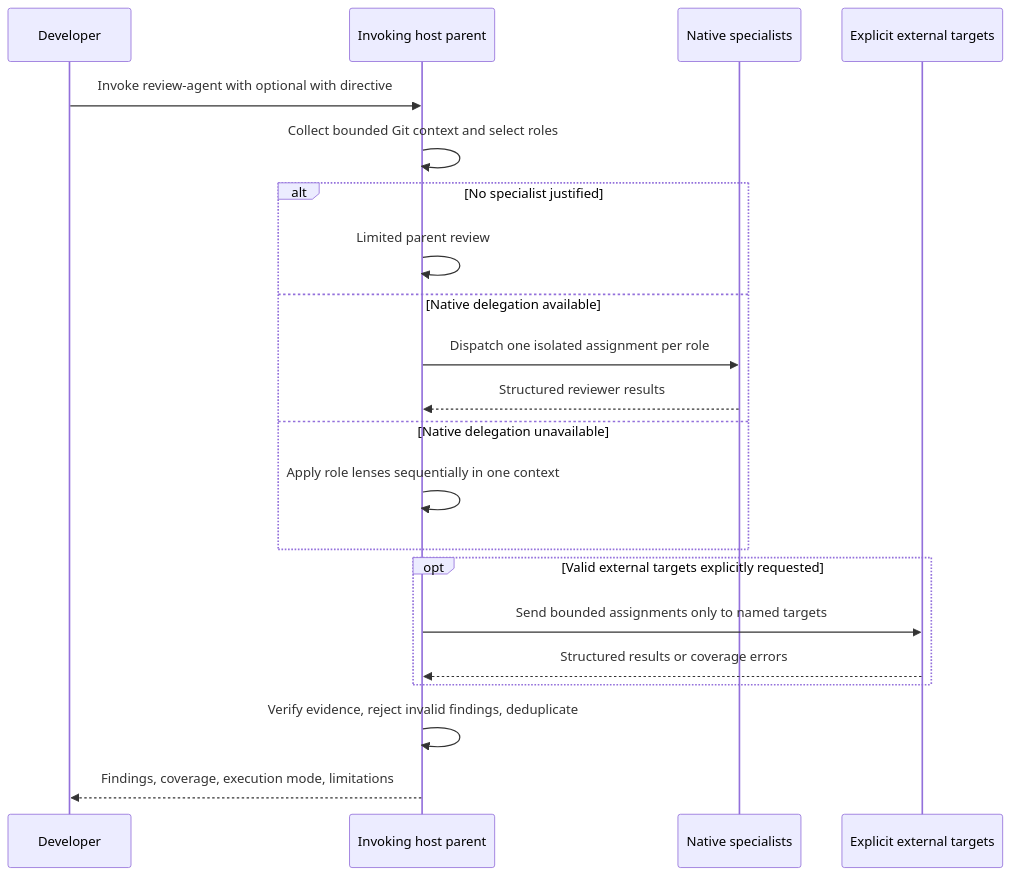
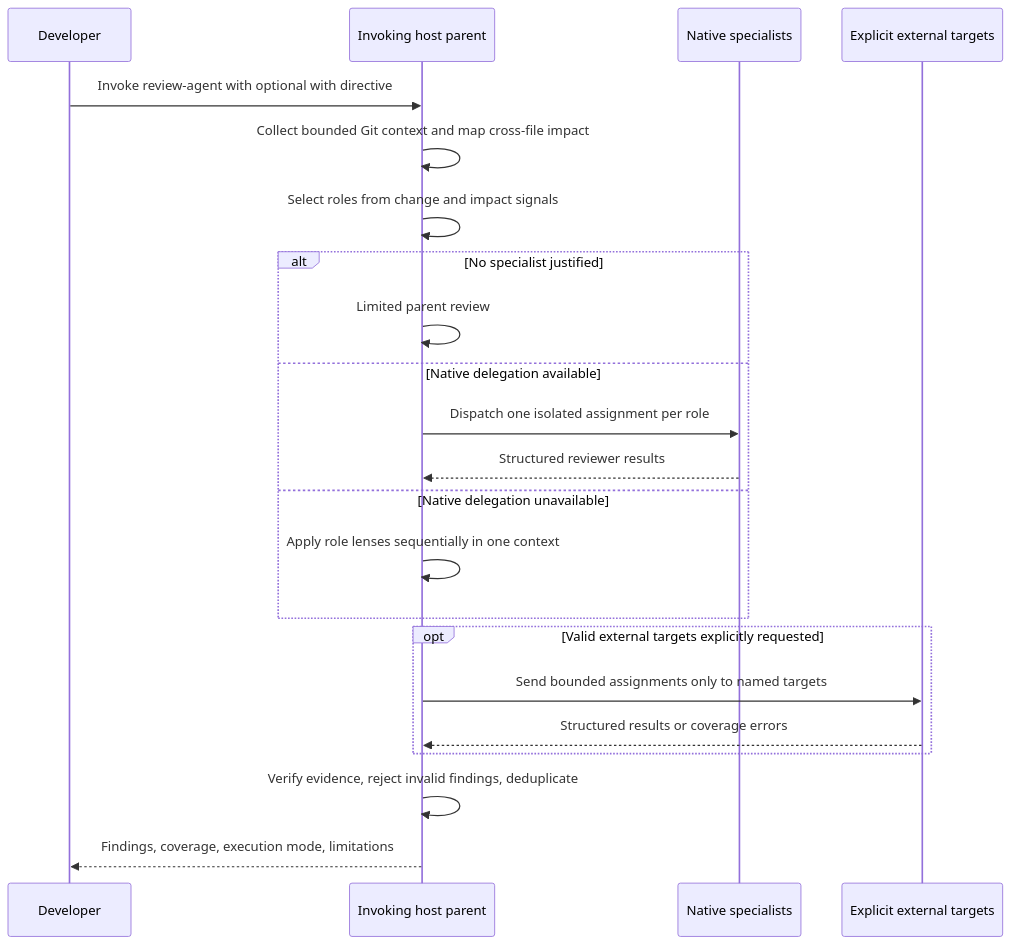
Before and after one commit to VisanAlex/review-agent: the diagram in docs/how-it-works.md, drawn with Mermaid. The commit also changed other lines of this file and 21 other files, not shown here.

First line of the commit message:
feat: map cross-file impact before specialist review (#5)

````diff
--- a/docs/how-it-works.md
+++ b/docs/how-it-works.md
@@ -12,24 +12,25 @@
 ```mermaid
 sequenceDiagram
   participant D as Developer
   participant P as Invoking host parent
   participant N as Native specialists
   participant E as Explicit external targets
 
   D->>P: Invoke review-agent with optional with directive
-  P->>P: Collect bounded Git context and select roles
+  P->>P: Collect bounded Git context and map cross-file impact
+  P->>P: Select roles from change and impact signals
   alt No specialist justified
     P->>P: Limited parent review
   else Native delegation available
     P->>N: Dispatch one isolated assignment per role
     N-->>P: Structured reviewer results
   else Native delegation unavailable
     P->>P: Apply role lenses sequentially in one context
   end
   opt Valid external targets explicitly requested
     P->>E: Send bounded assignments only to named targets
     E-->>P: Structured results or coverage errors
   end
   P->>P: Verify evidence, reject invalid findings, deduplicate
   P-->>D: Findings, coverage, execution mode, limitations
 ```
````
